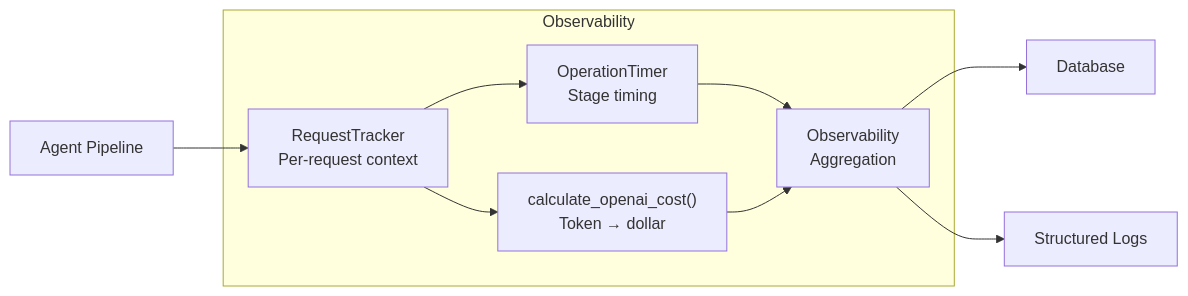
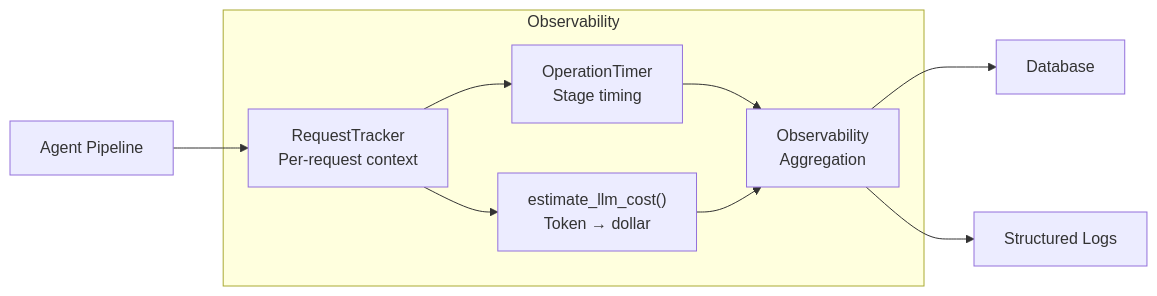
Before and after one commit to mayad123/movieAgent: the fifth of 7 diagrams in docs/features/infrastructure/INFRASTRUCTURE.md, drawn with Mermaid. The commit also changed other lines of this file and 33 other files, not shown here.

````diff
--- a/docs/features/infrastructure/INFRASTRUCTURE.md
+++ b/docs/features/infrastructure/INFRASTRUCTURE.md
@@ -206,17 +206,17 @@
 ```mermaid
 flowchart LR
     subgraph Observability
         RT["RequestTracker<br/>Per-request context"]
         OT["OperationTimer<br/>Stage timing"]
-        COST["calculate_openai_cost()<br/>Token → dollar"]
+        COST["estimate_llm_cost()<br/>Token → dollar"]
         OBS["Observability<br/>Aggregation"]
     end
 
     PIPELINE["Agent Pipeline"] --> RT
     RT --> OT
     RT --> COST
     OT --> OBS
     COST --> OBS
     OBS --> DB["Database"]
     OBS --> LOG["Structured Logs"]
 ```
````
